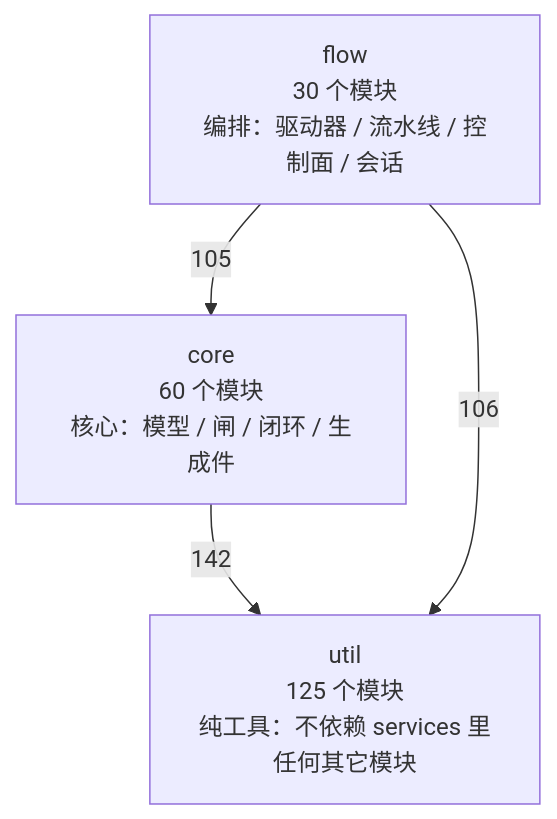
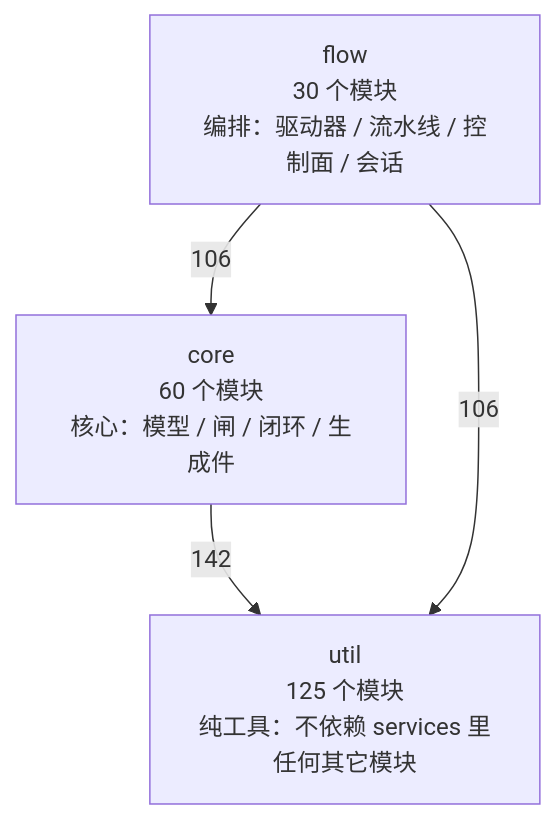
The first of 4 diagrams in docs/SlideRule V6.2 架构图（自动生成）.md (2686521696/WhyBuddy), drawn with Mermaid before and after one commit. The commit also changed other lines of this file and 4 other files, not shown here.

````diff
--- a/docs/SlideRule V6.2 架构图（自动生成）.md
+++ b/docs/SlideRule V6.2 架构图（自动生成）.md
@@ -48,9 +48,9 @@
 ```mermaid
 flowchart TB
   util["util<br/>125 个模块<br/>纯工具：不依赖 services 里任何其它模块"]
   core["core<br/>60 个模块<br/>核心：模型 / 闸 / 闭环 / 生成件"]
   flow["flow<br/>30 个模块<br/>编排：驱动器 / 流水线 / 控制面 / 会话"]
   core -->|142| util
-  flow -->|105| core
+  flow -->|106| core
   flow -->|106| util
 ```
````
